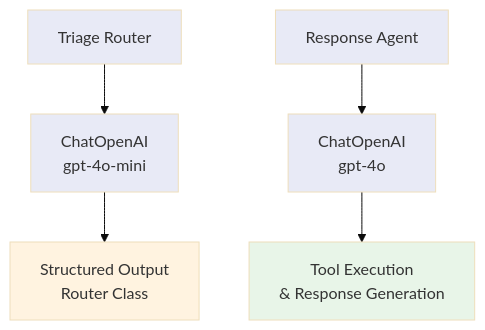
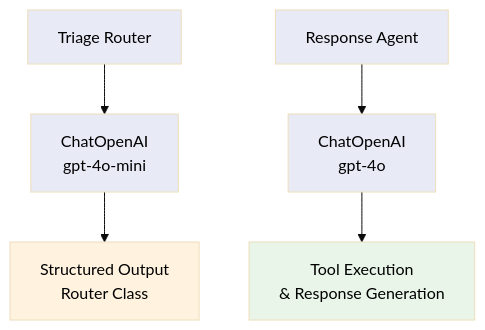
One commit to TaegyunHa/LangChain changed the fourth of 5 diagrams in LangGraph_Long_Term_Agentic_Memory/2_Baseline_Email_Assistant.md. Above: the diagram before and after it, drawn with Mermaid (base theme). The commit also changed other lines of this file and 11 other files, not shown here.

````diff
--- a/LangGraph_Long_Term_Agentic_Memory/2_Baseline_Email_Assistant.md
+++ b/LangGraph_Long_Term_Agentic_Memory/2_Baseline_Email_Assistant.md
@@ -251,15 +251,15 @@
 ```mermaid
 flowchart TB
     A[Triage Router] --> B[ChatOpenAI<br/>gpt-4o-mini]
     C[Response Agent] --> D[ChatOpenAI<br/>gpt-4o]
     
     B --> E[Structured Output<br/>Router Class]
     D --> F[Tool Execution<br/>& Response Generation]
     
-    style A fill:#e8eaf6
-    style B fill:#e8eaf6
-    style C fill:#e8eaf6
-    style D fill:#e8eaf6
-    style E fill:#fff3e0
-    style F fill:#e8f5e8
+    style A fill:#e8eaf6, color:#000
+    style B fill:#e8eaf6, color:#000
+    style C fill:#e8eaf6, color:#000
+    style D fill:#e8eaf6, color:#000
+    style E fill:#fff3e0, color:#000
+    style F fill:#e8f5e8, color:#000
 ```
````
